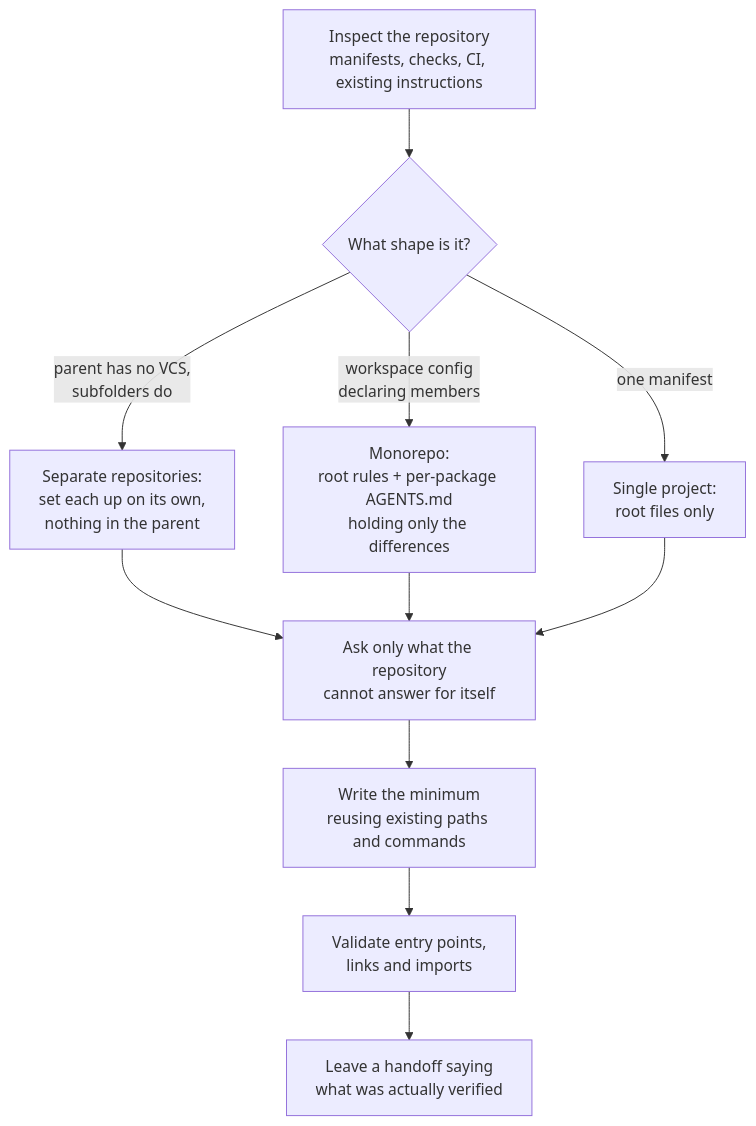
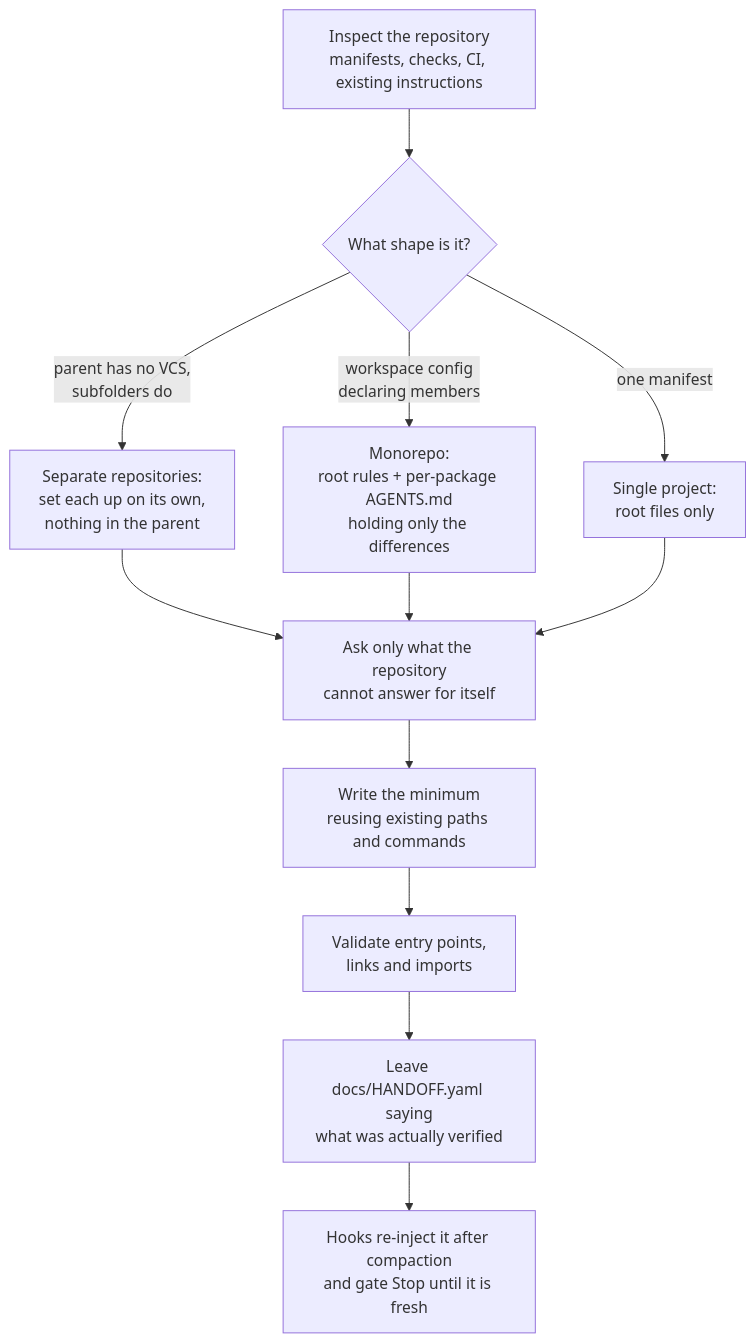
One commit to Gmust/setup-agentic-workflow-plugin changed the diagram in README.md. Above: the diagram before and after it, drawn with Mermaid. The commit also changed other lines of this file and 22 other files, not shown here.

First line of the commit message:
feat: split into four skills, add living handoff hooks

````diff
--- a/README.md
+++ b/README.md
@@ -34,13 +67,14 @@
 ```mermaid
 flowchart TD
     A["Inspect the repository<br/>manifests, checks, CI, existing instructions"] --> B{"What shape is it?"}
     B -->|"parent has no VCS,<br/>subfolders do"| C["Separate repositories:<br/>set each up on its own,<br/>nothing in the parent"]
     B -->|"workspace config<br/>declaring members"| D["Monorepo:<br/>root rules + per-package AGENTS.md<br/>holding only the differences"]
     B -->|"one manifest"| E["Single project:<br/>root files only"]
     C --> F["Ask only what the repository<br/>cannot answer for itself"]
     D --> F
     E --> F
     F --> G["Write the minimum<br/>reusing existing paths and commands"]
     G --> H["Validate entry points,<br/>links and imports"]
-    H --> I["Leave a handoff saying<br/>what was actually verified"]
+    H --> I["Leave docs/HANDOFF.yaml saying<br/>what was actually verified"]
+    I --> J["Hooks re-inject it after compaction<br/>and gate Stop until it is fresh"]
 ```
````
